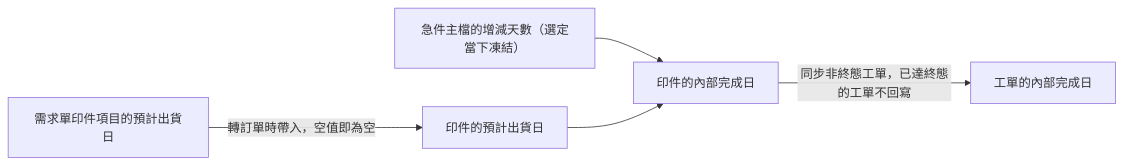
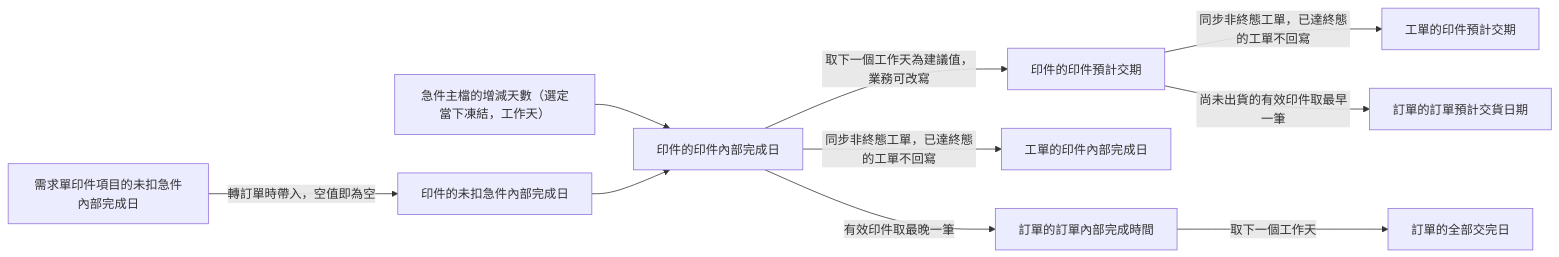
Before and after one commit to Kawato-Miles/erp-spec: the fourth of 5 diagrams in memory/Sens_wiki/wiki/erp/05-entities/訂單領域資料結構總覽.md, drawn with Mermaid. The commit also changed other lines of this file and 45 other files, not shown here.

````diff
--- a/memory/Sens_wiki/wiki/erp/05-entities/訂單領域資料結構總覽.md
+++ b/memory/Sens_wiki/wiki/erp/05-entities/訂單領域資料結構總覽.md
@@ -90,7 +90,12 @@
 ```mermaid
 flowchart LR
-    B2["需求單印件項目的預計出貨日"] -->|"轉訂單時帶入，空值即為空"| B4["印件的預計出貨日"]
-    B6["急件主檔的增減天數（選定當下凍結）"] --> B7["印件的內部完成日"]
+    B2["需求單印件項目的未扣急件內部完成日"] -->|"轉訂單時帶入，空值即為空"| B4["印件的未扣急件內部完成日"]
+    B6["急件主檔的增減天數（選定當下凍結，工作天）"] --> B7["印件的印件內部完成日"]
     B4 --> B7
-    B7 -->|"同步非終態工單，已達終態的工單不回寫"| B8["工單的內部完成日"]
+    B7 -->|"取下一個工作天為建議值，業務可改寫"| B9["印件的印件預計交期"]
+    B7 -->|"同步非終態工單，已達終態的工單不回寫"| B8["工單的印件內部完成日"]
+    B9 -->|"同步非終態工單，已達終態的工單不回寫"| B10["工單的印件預計交期"]
+    B7 -->|"有效印件取最晚一筆"| B11["訂單的訂單內部完成時間"]
+    B11 -->|"取下一個工作天"| B12["訂單的全部交完日"]
+    B9 -->|"尚未出貨的有效印件取最早一筆"| B13["訂單的訂單預計交貨日期"]
 ```
````
